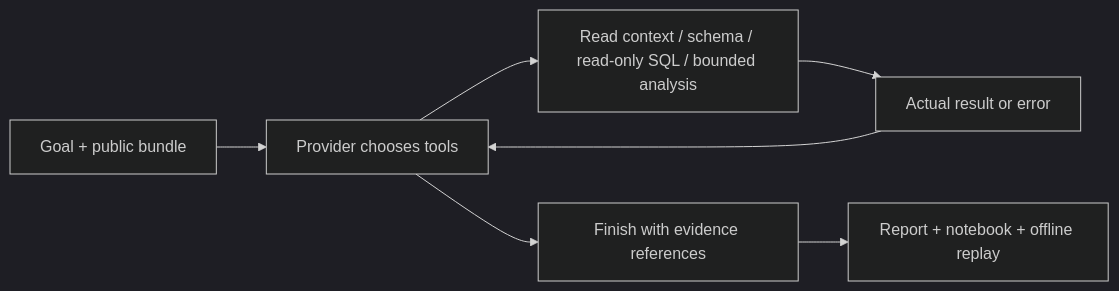
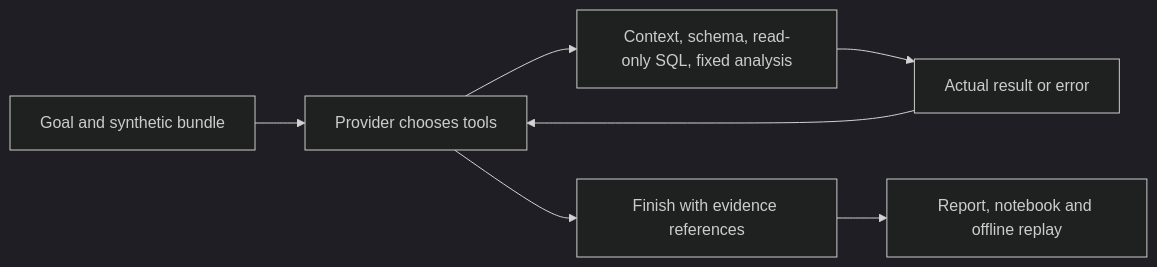
One commit to CamusFSY/workflow-data-investigator changed the diagram in README.md. Above: the diagram before and after it, drawn with Mermaid (dark theme). The commit also changed other lines of this file and 33 other files, not shown here.

````diff
--- a/README.md
+++ b/README.md
@@ -77,9 +106,9 @@
 ```mermaid
 flowchart LR
-  G[Goal + public bundle] --> P[Provider chooses tools]
-  P --> T[Read context / schema / read-only SQL / bounded analysis]
+  G[Goal and synthetic bundle] --> P[Provider chooses tools]
+  P --> T[Context, schema, read-only SQL, fixed analysis]
   T --> R[Actual result or error]
   R --> P
   P --> F[Finish with evidence references]
-  F --> A[Report + notebook + offline replay]
+  F --> A[Report, notebook and offline replay]
 ```
````
